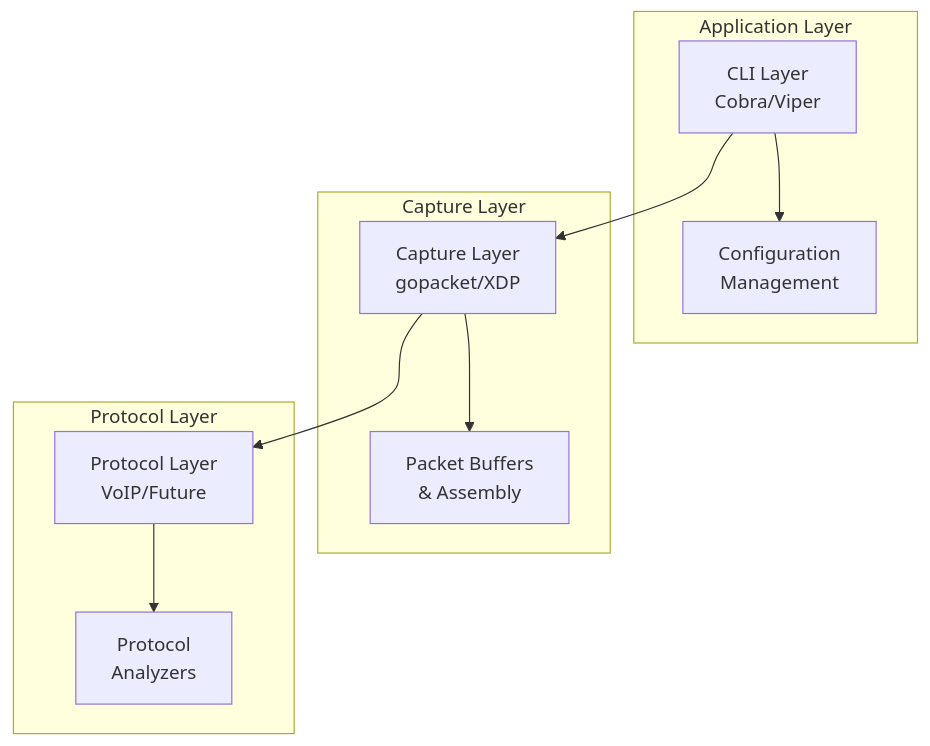
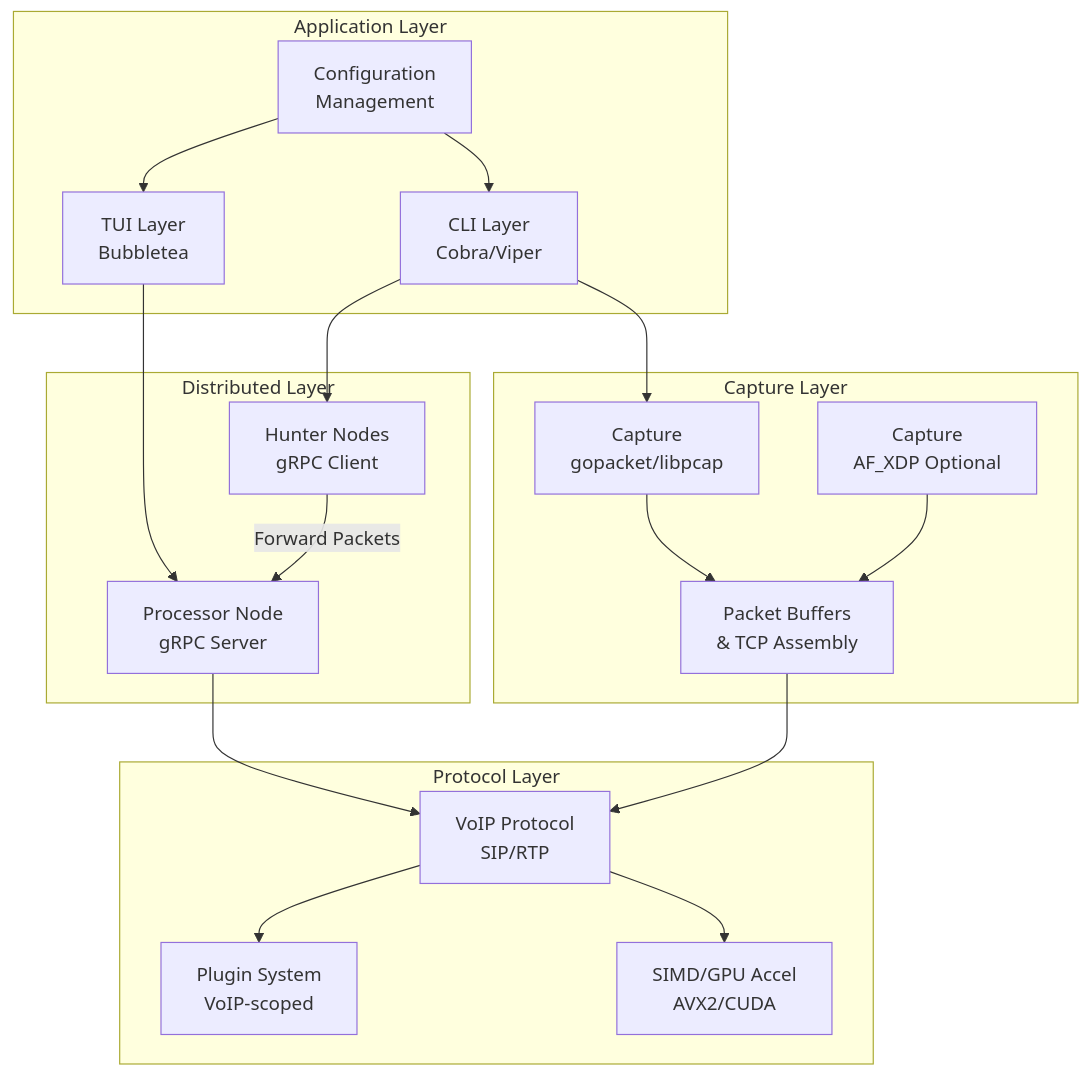
The first of 3 diagrams in README.md (endorses/lippycat), drawn with Mermaid before and after one commit. The commit also changed other lines of this file, not shown here.

````diff
--- a/README.md
+++ b/README.md
@@ -335,23 +377,38 @@
 ```mermaid
 graph TB
     subgraph "Application Layer"
         CLI[CLI Layer<br/>Cobra/Viper]
+        TUI[TUI Layer<br/>Bubbletea]
         Config[Configuration<br/>Management]
     end
 
+    subgraph "Distributed Layer"
+        Hunter[Hunter Nodes<br/>gRPC Client]
+        Processor[Processor Node<br/>gRPC Server]
+    end
+
     subgraph "Capture Layer"
-        Capture[Capture Layer<br/>gopacket/XDP]
-        Buffers[Packet Buffers<br/>& Assembly]
+        CaptureGopacket[Capture<br/>gopacket/libpcap]
+        CaptureXDP[Capture<br/>AF_XDP Optional]
+        Buffers[Packet Buffers<br/>& TCP Assembly]
     end
 
     subgraph "Protocol Layer"
-        Protocol[Protocol Layer<br/>VoIP/Future]
-        Analyzers[Protocol<br/>Analyzers]
+        VoIP[VoIP Protocol<br/>SIP/RTP]
+        Plugins[Plugin System<br/>VoIP-scoped]
+        SIMD[SIMD/GPU Accel<br/>AVX2/CUDA]
     end
 
-    CLI --> Capture
-    Capture --> Protocol
-    CLI --> Config
-    Capture --> Buffers
-    Protocol --> Analyzers
+    CLI --> CaptureGopacket
+    CLI --> Hunter
+    TUI --> Processor
+    Hunter -->|Forward Packets| Processor
+    Processor --> VoIP
+    CaptureGopacket --> Buffers
+    CaptureXDP --> Buffers
+    Buffers --> VoIP
+    VoIP --> Plugins
+    VoIP --> SIMD
+    Config --> CLI
+    Config --> TUI
 ```
````
